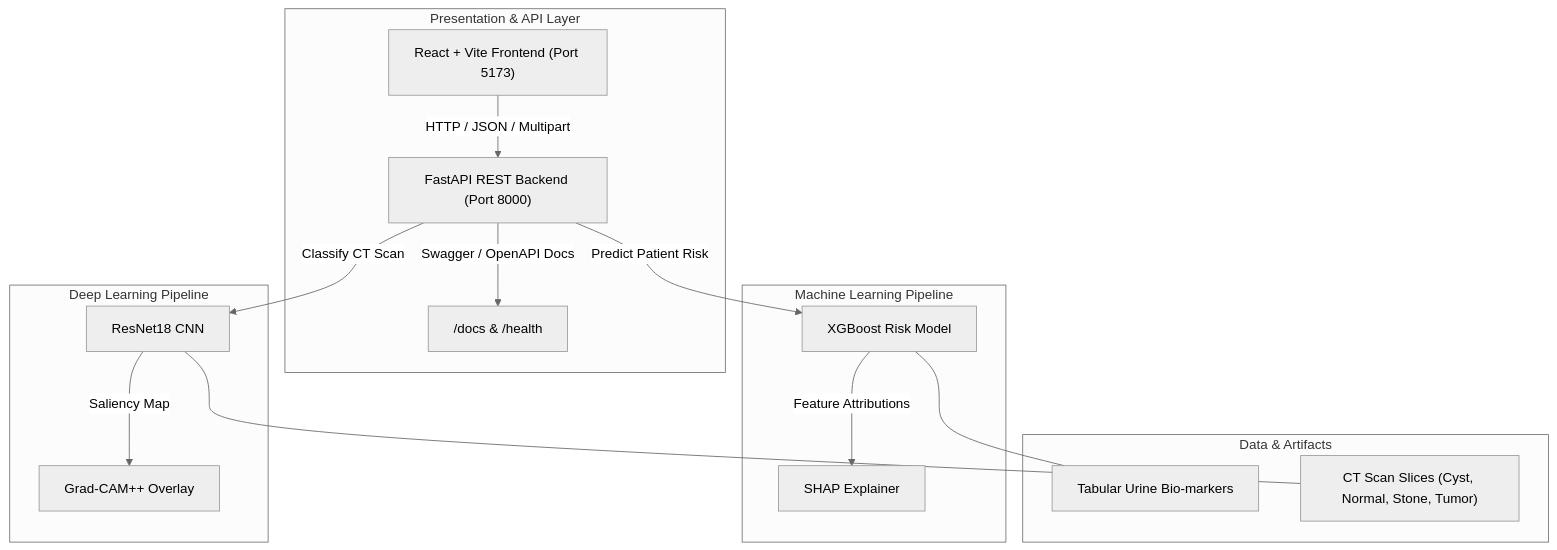
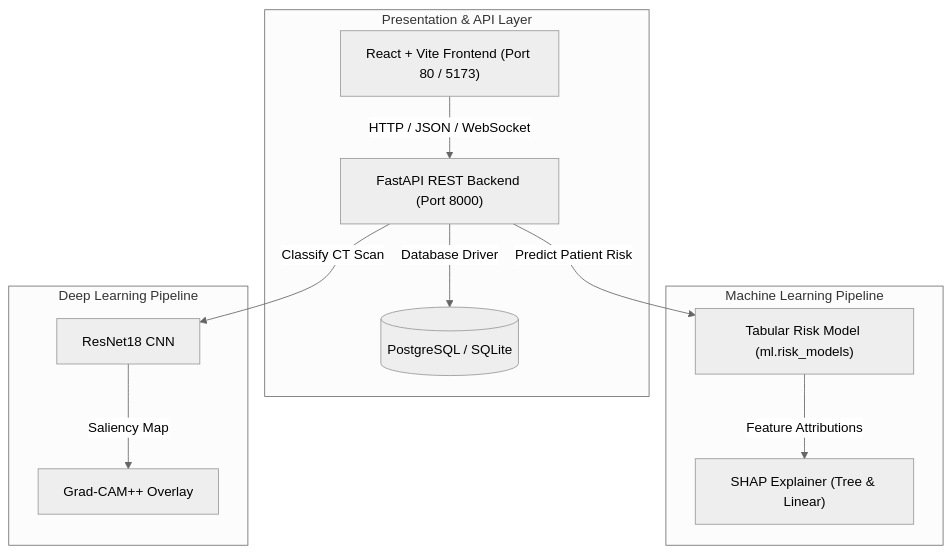
Before and after one commit to akhilan77/StoneSense-AI: the diagram in README.md, drawn with Mermaid (neutral theme). The commit also changed other lines of this file and 57 other files, not shown here.

````diff
--- a/README.md
+++ b/README.md
@@ -9,25 +7,21 @@
 ```mermaid
 flowchart TD
-    Client["React + Vite Frontend (Port 5173)"]
+    Client["React + Vite Frontend (Port 80 / 5173)"]
     API["FastAPI REST Backend (Port 8000)"]
+    DB[("PostgreSQL / SQLite")]
 
     subgraph Presentation["Presentation & API Layer"]
-        Client -->|HTTP / JSON / Multipart| API
-        API -->|Swagger / OpenAPI Docs| Docs["/docs & /health"]
+        Client -->|HTTP / JSON / WebSocket| API
+        API -->|Database Driver| DB
     end
 
     subgraph MLPipeline["Machine Learning Pipeline"]
-        API -->|Predict Patient Risk| XGBoost["XGBoost Risk Model"]
-        XGBoost -->|Feature Attributions| SHAP["SHAP Explainer"]
+        API -->|Predict Patient Risk| RiskModel["Tabular Risk Model (ml.risk_models)"]
+        RiskModel -->|Feature Attributions| SHAP["SHAP Explainer (Tree & Linear)"]
     end
 
     subgraph DLPipeline["Deep Learning Pipeline"]
         API -->|Classify CT Scan| ResNet["ResNet18 CNN"]
         ResNet -->|Saliency Map| GradCAM["Grad-CAM++ Overlay"]
     end
-
-    subgraph DataArtifacts["Data & Artifacts"]
-        XGBoost --- MLData["Tabular Urine Bio-markers"]
-        ResNet --- DLData["CT Scan Slices (Cyst, Normal, Stone, Tumor)"]
-    end
 ```
````
